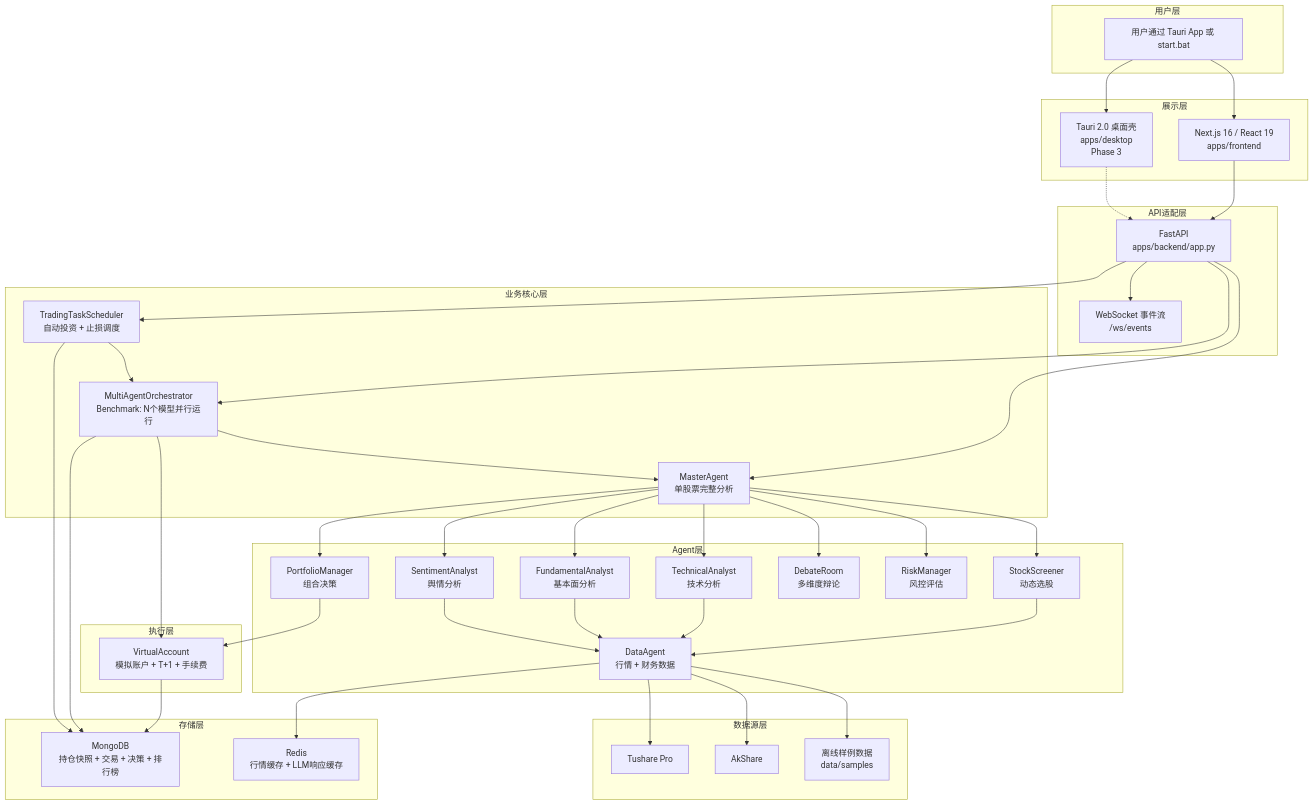
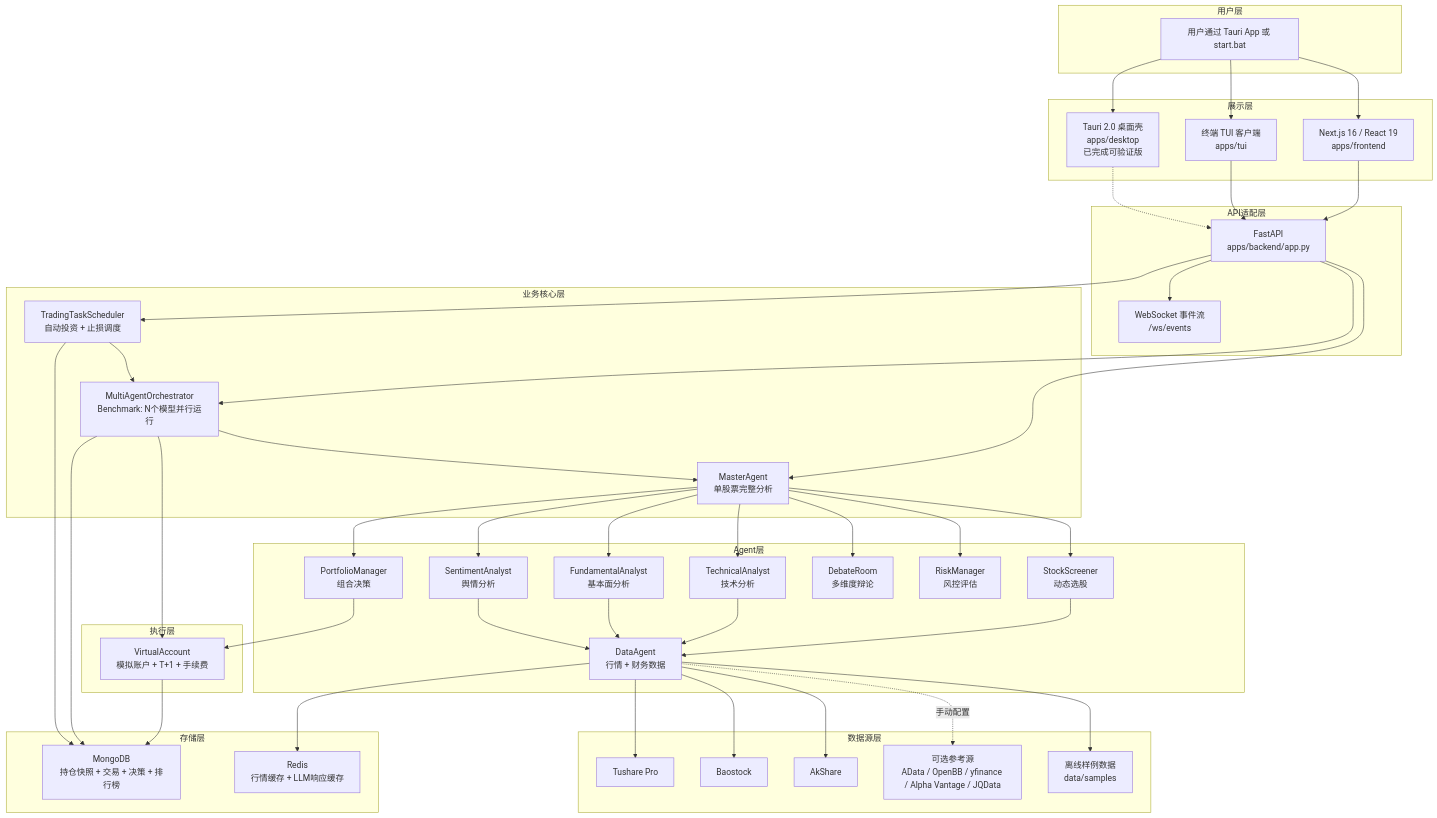
Before and after one commit to systemoutprintlnhelloworld/astock-agent-system: the first of 4 diagrams in docs/technical/ARCHITECTURE.md, drawn with Mermaid. The commit also changed other lines of this file and 55 other files, not shown here.

````diff
--- a/docs/technical/ARCHITECTURE.md
+++ b/docs/technical/ARCHITECTURE.md
@@ -18,7 +18,8 @@
     
     subgraph presentationLayer [展示层]
         nextjs[Next.js 16 / React 19<br/>apps/frontend]
-        tauri[Tauri 2.0 桌面壳<br/>apps/desktop<br/>Phase 3]
+        tui[终端 TUI 客户端<br/>apps/tui]
+        tauri[Tauri 2.0 桌面壳<br/>apps/desktop<br/>已完成可验证版]
     end
     
     subgraph apiLayer [API适配层]
@@ -54,13 +55,17 @@
     
     subgraph dataSourceLayer [数据源层]
         tushare[Tushare Pro]
+        baostock[Baostock]
         akshare[AkShare]
+        optionalSources[可选参考源<br/>AData / OpenBB / yfinance / Alpha Vantage / JQData]
         samples[离线样例数据<br/>data/samples]
     end
     
     user --> nextjs
+    user --> tui
     user --> tauri
     nextjs --> fastapi
+    tui --> fastapi
     tauri -.-> fastapi
     fastapi --> websocket
     fastapi --> masterAgent
@@ -91,6 +96,8 @@
     
     dataAgent --> redis
     dataAgent --> tushare
+    dataAgent --> baostock
     dataAgent --> akshare
+    dataAgent -.手动配置.-> optionalSources
     dataAgent --> samples
 ```
````
